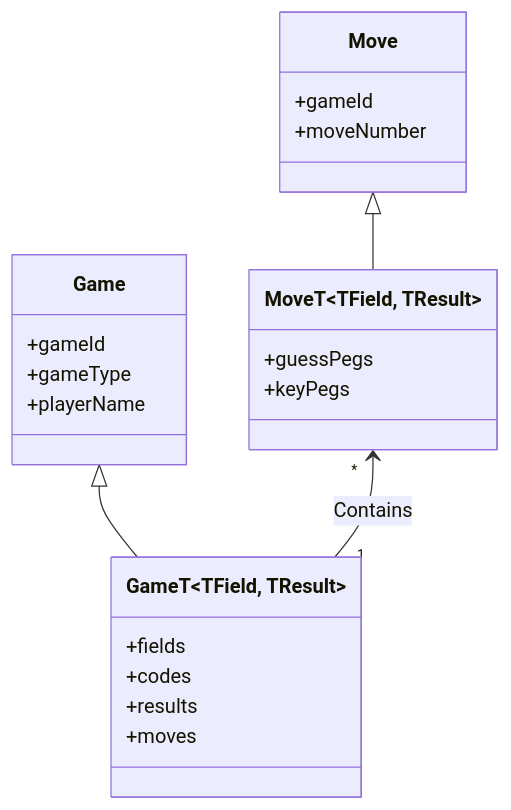
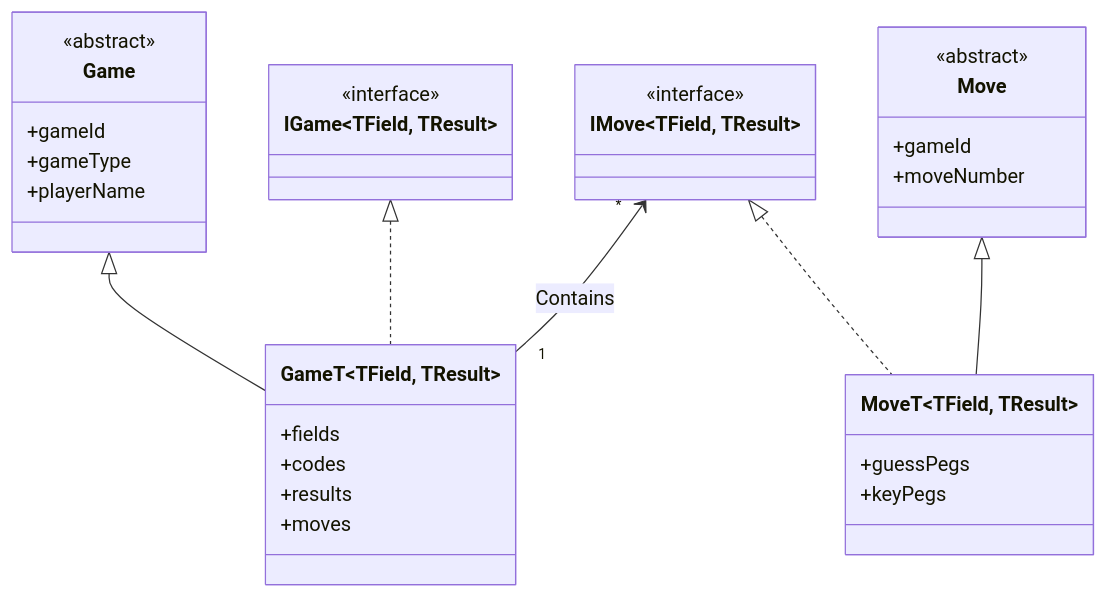
The diagram in GameModels.md (PacktPublishing/Pragmatic-Microservices-with-CSharp-and-Azure), drawn with Mermaid before and after one commit.

Commit message:
Update GameModels.md with interfaces

````diff
--- a/GameModels.md
+++ b/GameModels.md
@@ -3,26 +3,37 @@
 ```mermaid
 classDiagram
   direction TD
   Game <|-- GameT~TField, TResult~
+  IGame~TField, TResult~ <|.. GameT~TField, TResult~
+  IMove~TField, TResult~ <|.. MoveT~TField, TResult~
   Move <|-- MoveT~TField, TResult~
-  MoveT~TField, TResult~ "*" <-- "1" GameT~TField, TResult~ : Contains
+  IMove~TField, TResult~ "*" <-- "1" GameT~TField, TResult~ : Contains
+  class IGame~TField, TResult~ {
+    <<interface>>
+  }
   class Game{
+    <<abstract>>
     +gameId
     +gameType
     +playerName
   }
   class GameT~TField, TResult~{
     +fields
     +codes
     +results
     +moves
   }
+  class IMove~TField, TResult~{
+    <<interface>>
+  }
   class Move{
+    <<abstract>>
     +gameId
     +moveNumber
   }
   class MoveT~TField, TResult~{
     +guessPegs
     +keyPegs
   }
+
 ```
````
